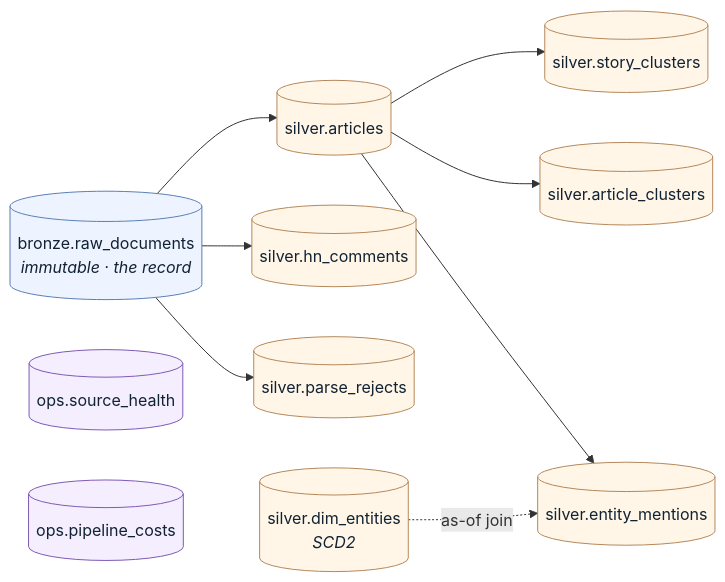
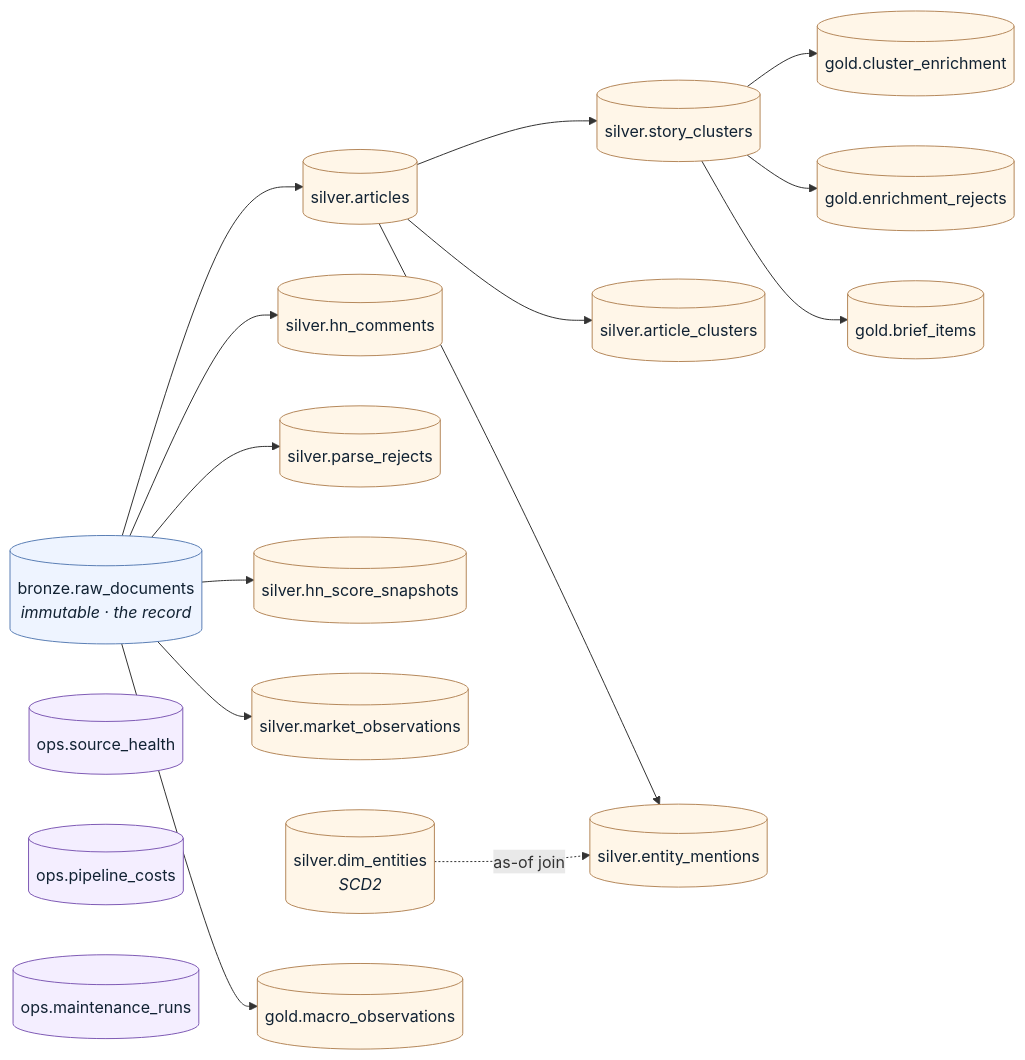
The second of 3 diagrams in docs/architecture.md (SouhailBourhim/signal-brief), drawn with Mermaid before and after one commit. The commit also changed other lines of this file and 11 other files, not shown here.

Commit message:
Align documentation with active schedules and schema

````diff
--- a/docs/architecture.md
+++ b/docs/architecture.md
@@ -103,28 +106,38 @@
 ```mermaid
 flowchart LR
     RAW[("bronze.raw_documents<br/><i>immutable · the record</i>")]
 
     ART[("silver.articles")]
     HN[("silver.hn_comments")]
     REJ[("silver.parse_rejects")]
+    HNS[("silver.hn_score_snapshots")]
+    MKT[("silver.market_observations")]
 
     SC[("silver.story_clusters")]
     AC[("silver.article_clusters")]
     EM[("silver.entity_mentions")]
     DE[("silver.dim_entities<br/><i>SCD2</i>")]
 
     SH[("ops.source_health")]
     PC[("ops.pipeline_costs")]
+    MR[("ops.maintenance_runs")]
 
-    RAW --> ART & HN & REJ
+    CE[("gold.cluster_enrichment")]
+    ER[("gold.enrichment_rejects")]
+    MO[("gold.macro_observations")]
+    BI[("gold.brief_items")]
+
+    RAW --> ART & HN & REJ & HNS & MKT & MO
     ART --> SC & AC
     ART --> EM
     DE -.->|as-of join| EM
+    SC --> CE & ER & BI
 
     classDef immutable fill:#eef4ff,stroke:#5b7fb5,color:#123
     classDef derived fill:#fff6e8,stroke:#b5885b,color:#123
     classDef ops fill:#f4eeff,stroke:#7f5bb5,color:#123
     class RAW immutable
-    class ART,HN,REJ,SC,AC,EM,DE derived
-    class SH,PC ops
+    class ART,HN,REJ,HNS,MKT,SC,AC,EM,DE derived
+    class SH,PC,MR ops
+    class CE,ER,MO,BI derived
 ```
````
